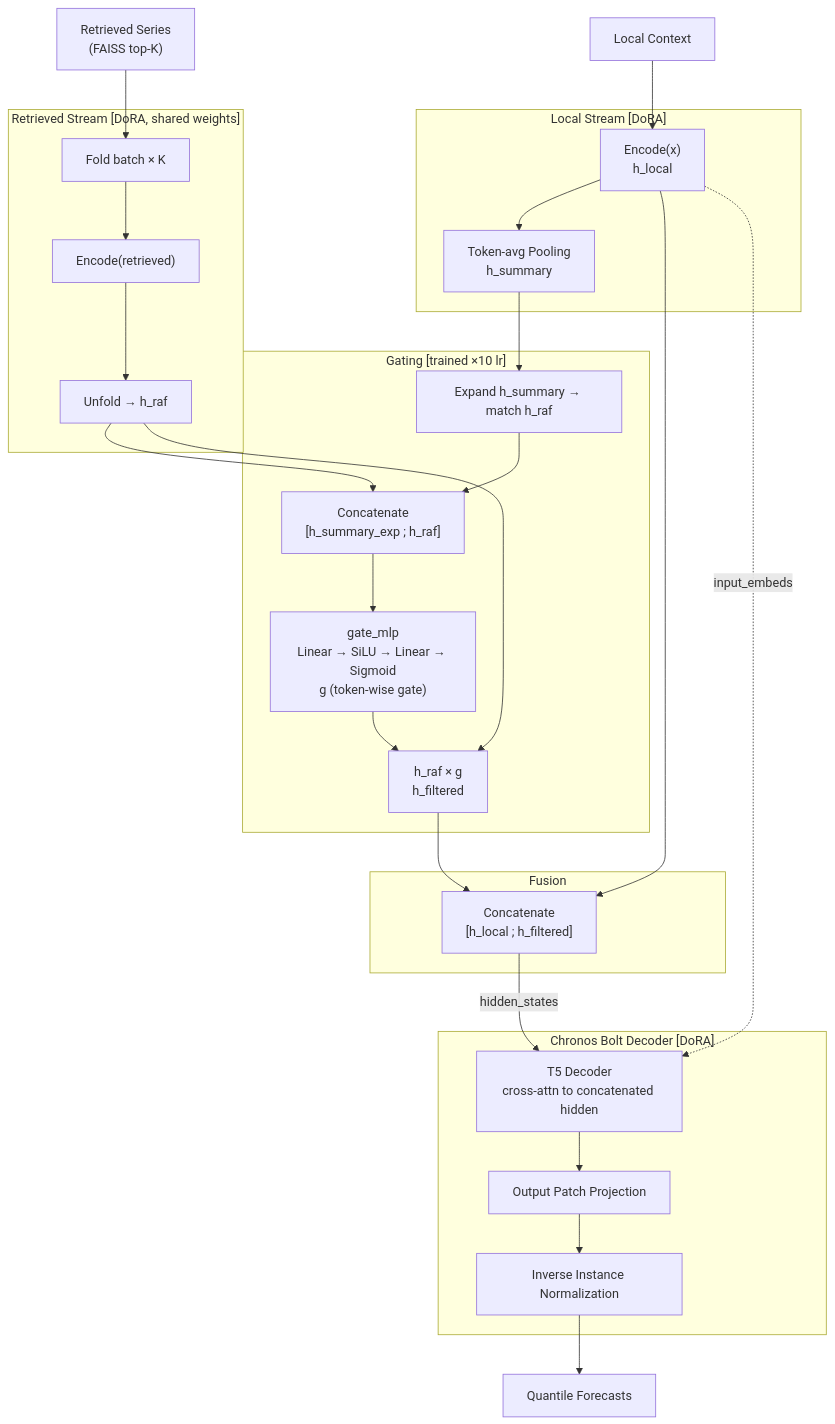
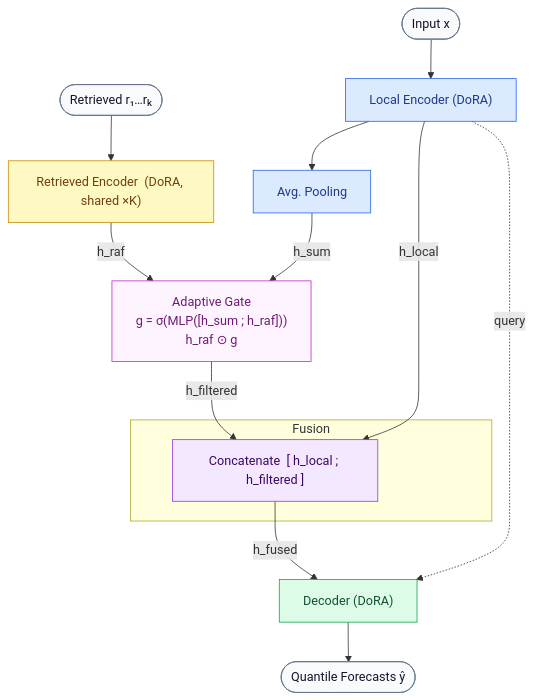
One commit to dmainf/JIMA_datacomp2025 changed the diagram in chronos_predict+GateRAF/architecture.mmd. Above: the diagram before and after it, drawn with Mermaid. The commit also changed 7 other files, not shown here.

Commit message:
modify mermaid

```diff
--- a/chronos_predict+GateRAF/architecture.mmd
+++ b/chronos_predict+GateRAF/architecture.mmd
@@ -1,42 +1,38 @@
 flowchart TB
-    ctx["Local Context"]
-    ret["Retrieved Series\n(FAISS top-K)"]
+    classDef io   fill:#f8fafc,stroke:#64748b,color:#0f172a
+    classDef lenc fill:#dbeafe,stroke:#2563eb,color:#1e3a8a
+    classDef renc fill:#fef9c3,stroke:#ca8a04,color:#713f12
+    classDef gate fill:#fdf4ff,stroke:#c026d3,color:#701a75
+    classDef fuse fill:#f3e8ff,stroke:#9333ea,color:#3b0764
+    classDef dec  fill:#dcfce7,stroke:#16a34a,color:#14532d
 
-    subgraph LENC["Local Stream  [DoRA]"]
-        enc_l["Encode(x)\nh_local"]
-        summary["Token-avg Pooling\nh_summary"]
+    x(["Input  x"])
+    r(["Retrieved  r₁…rₖ"])
+
+    enc_l["Local Encoder  (DoRA)"]
+    pool["Avg. Pooling"]
+    enc_r["Retrieved Encoder  (DoRA, shared ×K)"]
+    gate["Adaptive Gate\ng = σ(MLP([h_sum ; h_raf]))\nh_raf ⊙ g"]
+
+    subgraph FUSE["Fusion"]
+        cat["Concatenate  [ h_local ; h_filtered ]"]
     end
 
-    subgraph RENC["Retrieved Stream  [DoRA, shared weights]"]
-        fold["Fold batch × K"]
-        enc_r["Encode(retrieved)"]
-        unfold["Unfold → h_raf"]
-    end
+    dec["Decoder  (DoRA)"]
 
-    subgraph GATE["Gating  [trained ×10 lr]"]
-        expand["Expand h_summary → match h_raf"]
-        gcat["Concatenate\n[h_summary_exp ; h_raf]"]
-        gmlp["gate_mlp\nLinear → SiLU → Linear → Sigmoid\ng (token-wise gate)"]
-        gmul["h_raf × g\nh_filtered"]
-    end
+    x     --> enc_l --> pool
+    r     --> enc_r
+    pool  -- "h_sum"      --> gate
+    enc_r -- "h_raf"      --> gate
+    enc_l -- "h_local"    --> cat
+    gate  -- "h_filtered" --> cat
+    cat   -- "h_fused"    --> dec
+    enc_l -. "query"      .-> dec
+    dec   --> y(["Quantile Forecasts  ŷ"])
 
-    subgraph FUSE["Fusion"]
-        concat["Concatenate\n[h_local ; h_filtered]"]
-    end
-
-    subgraph DEC["Chronos Bolt Decoder  [DoRA]"]
-        t5dec["T5 Decoder\ncross-attn to concatenated hidden"]
-        outproj["Output Patch Projection"]
-        invnorm["Inverse Instance Normalization"]
-    end
-
-    ctx --> enc_l --> summary --> expand
-    ret --> fold --> enc_r --> unfold
-    unfold --> gcat
-    expand --> gcat --> gmlp --> gmul
-    unfold --> gmul
-    gmul --> concat
-    enc_l --> concat
-    concat -- "hidden_states" --> t5dec
-    enc_l -. "input_embeds" .-> t5dec
-    t5dec --> outproj --> invnorm --> out["Quantile Forecasts"]
+    class x,r,y io
+    class enc_l,pool lenc
+    class enc_r renc
+    class gate gate
+    class cat fuse
+    class dec dec
```
